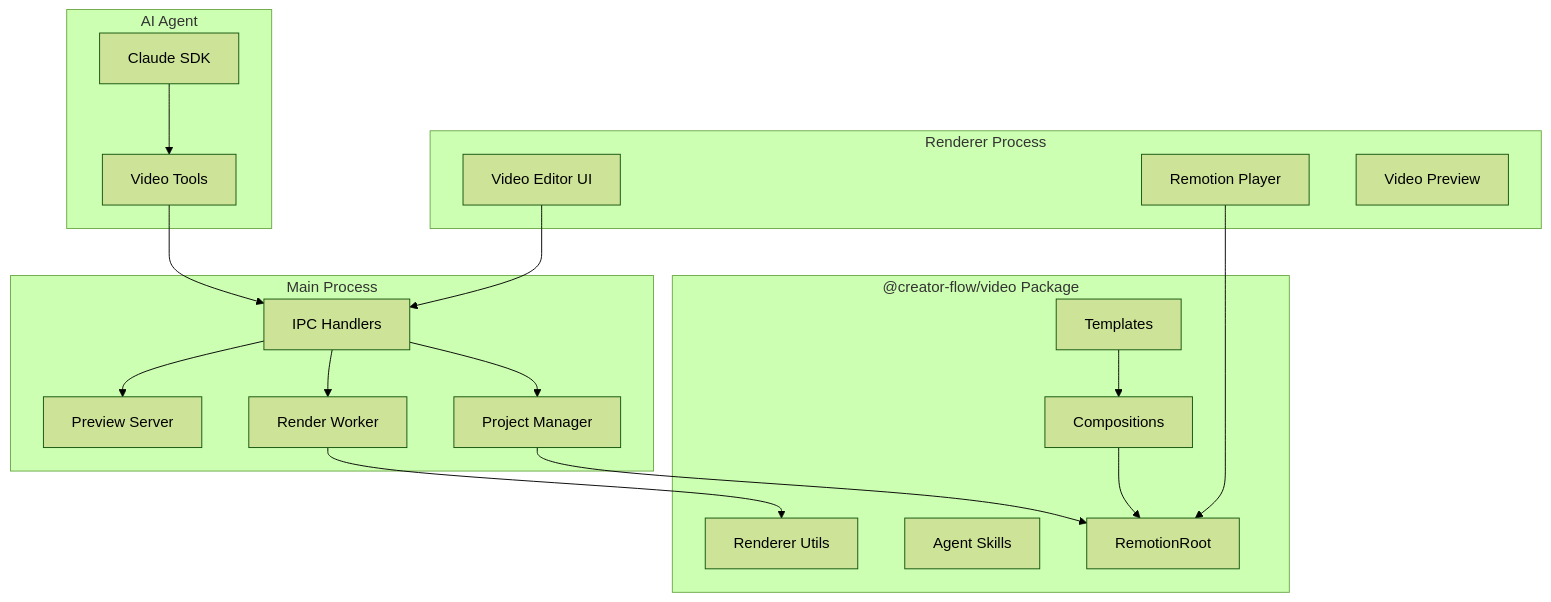
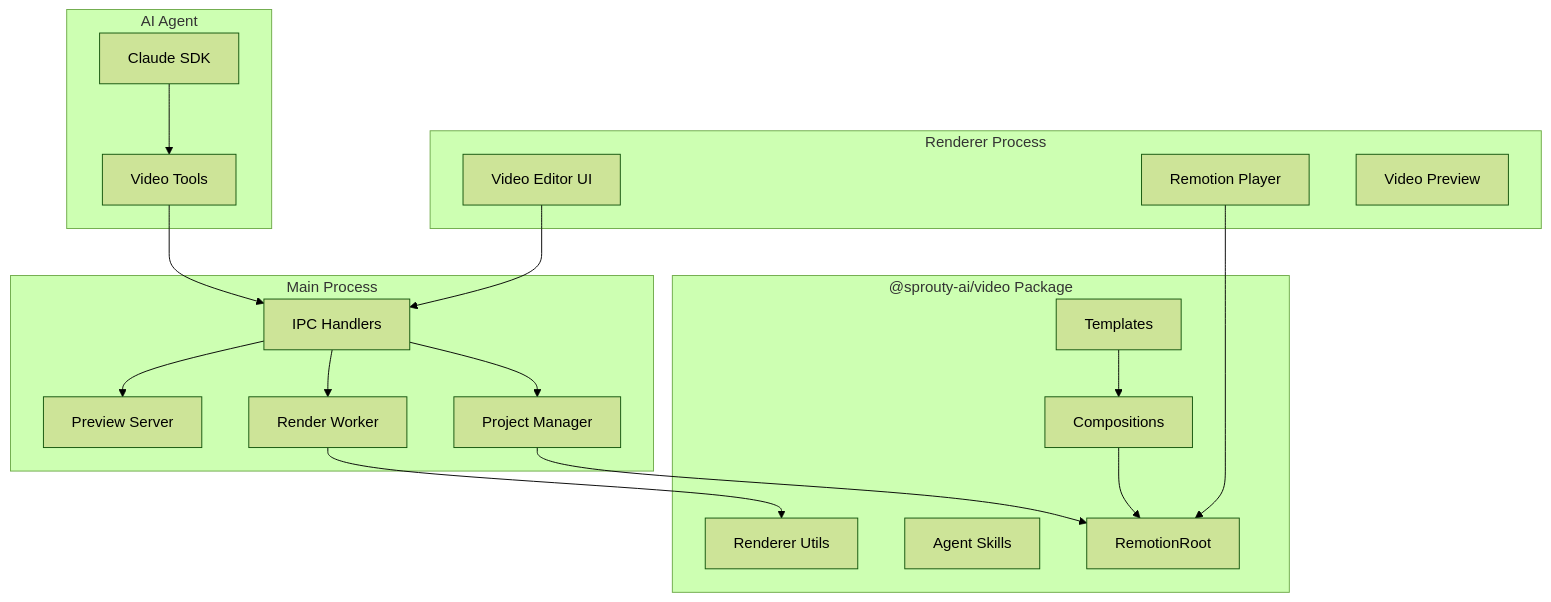
One commit to youngshunf/CreatorFlow changed the first of 2 diagrams in docs/specs/remotion-video-integration/design.md. Above: the diagram before and after it, drawn with Mermaid (forest theme). The commit also changed other lines of this file and 189 other files, not shown here.

First line of the commit message:
chore: 品牌重命名 @creator-flow → @sprouty-ai / CreatorFlow → Sprouty AI

````diff
--- a/docs/specs/remotion-video-integration/design.md
+++ b/docs/specs/remotion-video-integration/design.md
@@ -26,40 +26,40 @@
 ```mermaid
 graph TB
     subgraph "Renderer Process"
         UI[Video Editor UI]
         Player[Remotion Player]
         Preview[Video Preview]
     end
     
     subgraph "Main Process"
         IPC[IPC Handlers]
         PM[Project Manager]
         RW[Render Worker]
         PS[Preview Server]
     end
     
-    subgraph "@creator-flow/video Package"
+    subgraph "@sprouty-ai/video Package"
         Root[RemotionRoot]
         Comp[Compositions]
         Tmpl[Templates]
         Skills[Agent Skills]
         Renderer[Renderer Utils]
     end
     
     subgraph "AI Agent"
         Claude[Claude SDK]
         Tools[Video Tools]
     end
     
     UI --> IPC
     Player --> Root
     IPC --> PM
     IPC --> RW
     IPC --> PS
     PM --> Root
     RW --> Renderer
     Claude --> Tools
     Tools --> IPC
     Comp --> Root
     Tmpl --> Comp
 ```
````
